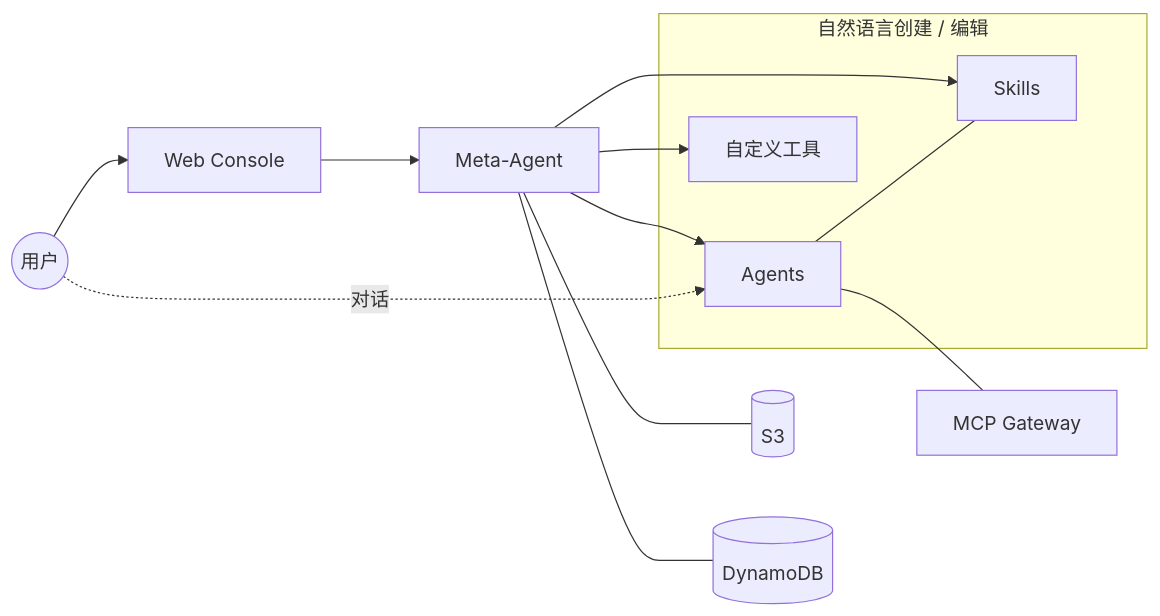
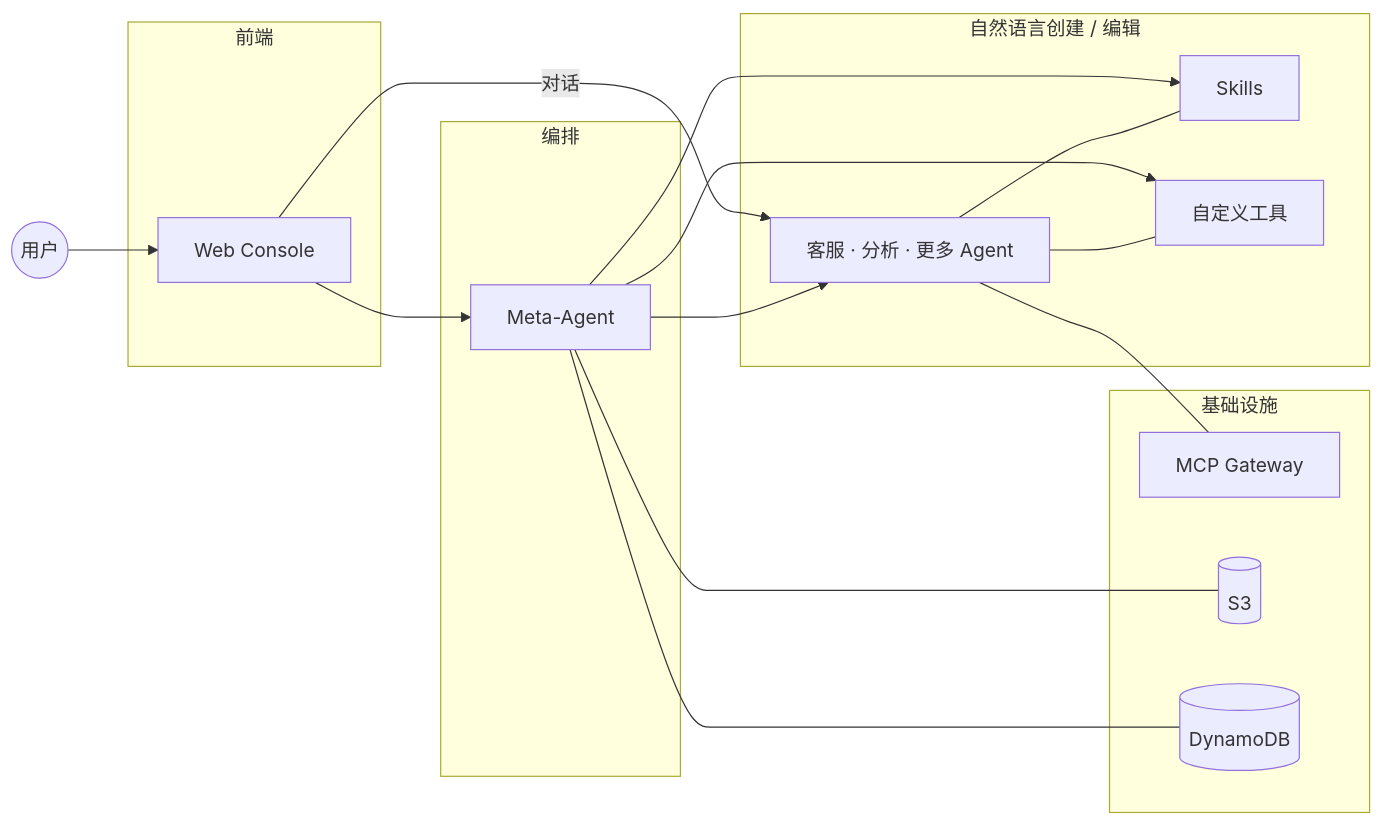
One commit to ddpie/agent-studio changed the first of 2 diagrams in README.md. Above: the diagram before and after it, drawn with Mermaid. The commit also changed other lines of this file, not shown here.

Commit message:
Rewrite README: layered mermaid architecture, project structure, bilingual

````diff
--- a/README.md
+++ b/README.md
@@ -7,20 +7,31 @@
 ```mermaid
 graph LR
-    User((用户)) --> FE[Web Console]
-    FE --> META[Meta-Agent]
+    User((用户))
 
-    META --> Agents
-    META --> Skills
-    META --> Tools[自定义工具]
+    subgraph 前端
+        FE[Web Console]
+    end
+
+    subgraph 编排
+        META[Meta-Agent]
+    end
 
     subgraph 自然语言创建 / 编辑
-        Agents[Agents]
+        Agents[客服 · 分析 · 更多 Agent]
         Skills[Skills]
-        Tools
+        Tools[自定义工具]
     end
 
-    Agents --- MCP[MCP Gateway]
-    Agents --- Skills
-    META --- S3[(S3)] & DDB[(DynamoDB)]
-    User -.->|对话| Agents
+    subgraph 基础设施
+        MCP[MCP Gateway]
+        S3[(S3)]
+        DDB[(DynamoDB)]
+    end
+
+    User --> FE
+    FE --> META
+    FE -->|对话| Agents
+    META --> Agents & Skills & Tools
+    Agents --- Skills & Tools & MCP
+    META --- S3 & DDB
 ```
````
